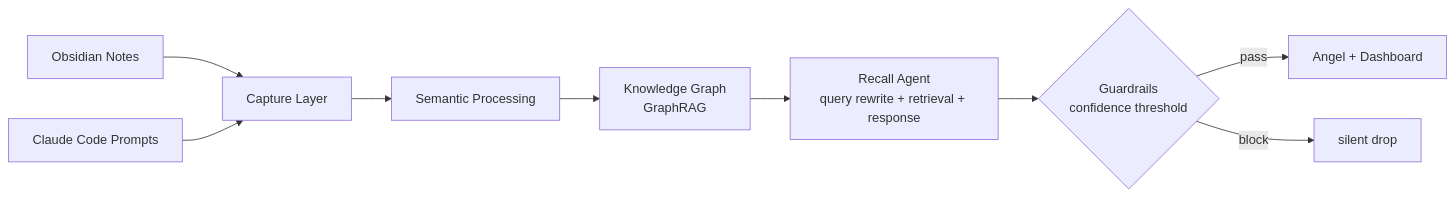
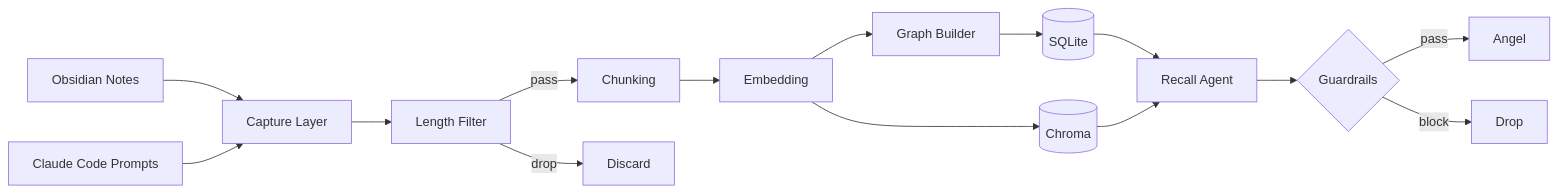
One commit to Starlight258/Guardian changed the diagram in docs/architecture.md. Above: the diagram before and after it, drawn with Mermaid. The commit also changed other lines of this file, not shown here.

Commit message:
docs: modify Architecture

````diff
--- a/docs/architecture.md
+++ b/docs/architecture.md
@@ -37,11 +10,25 @@
 ```mermaid
 flowchart LR
-  A[Obsidian Notes] --> C[Capture Layer]
-  B[Claude Code Prompts] --> C
-  C --> D[Semantic Processing]
-  D --> E[Knowledge Graph\nGraphRAG]
-  E --> F[Recall Agent\nquery rewrite + retrieval + response]
-  F --> H{Guardrails\nconfidence threshold}
-  H -->|pass| I[Angel + Dashboard]
-  H -->|block| J[silent drop]
+    A[Obsidian Notes] --> C[Capture Layer]
+    B[Claude Code Prompts] --> C
+
+    C --> LF[Length Filter]
+
+    LF -->|pass| D[Chunking]
+    LF -->|drop| X[Discard]
+
+    D --> E[Embedding]
+
+    E --> F[Graph Builder]
+
+    F --> G[(SQLite)]
+    E --> H[(Chroma)]
+
+    G --> RC[Recall Agent]
+    H --> RC
+
+    RC --> GR{Guardrails}
+
+    GR -->|pass| J[Angel]
+    GR -->|block| Y[Drop]
 ```
````
